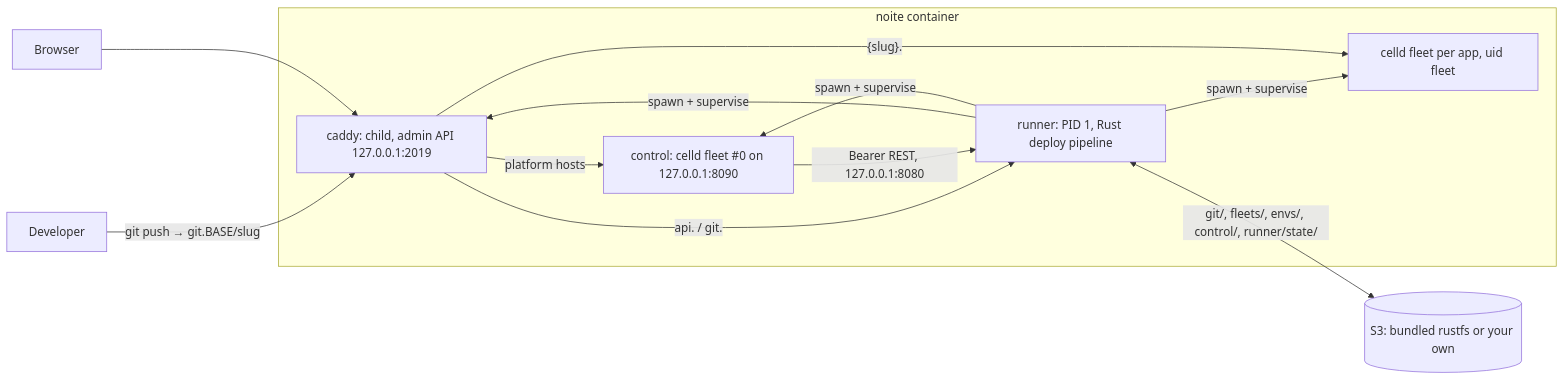
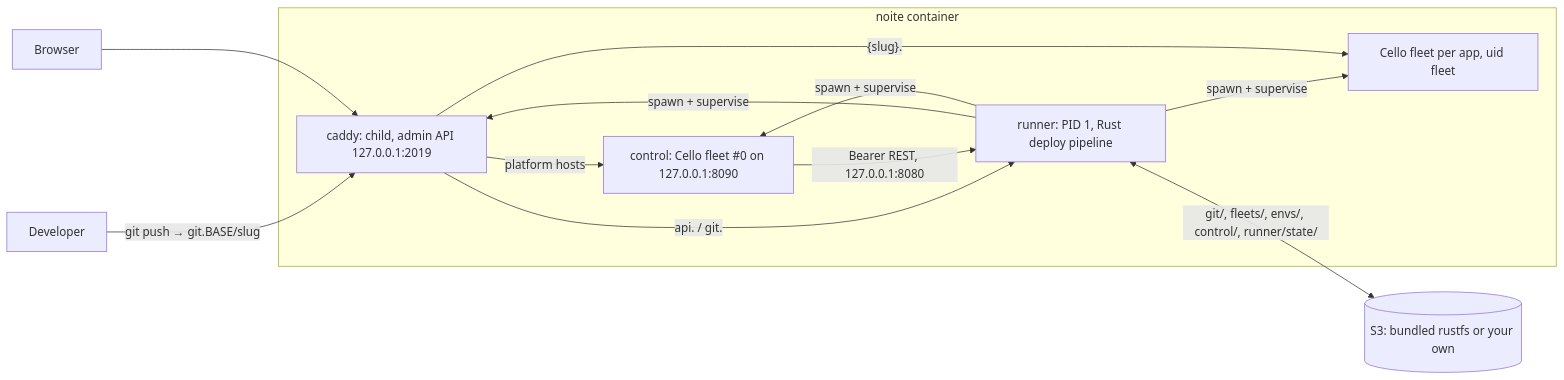
One commit to ryuzcorp/noite changed the diagram in SPEC.md. Above: the diagram before and after it, drawn with Mermaid. The commit also changed other lines of this file and 104 other files, not shown here.

````diff
--- a/SPEC.md
+++ b/SPEC.md
@@ -23,19 +23,19 @@
 ```mermaid
 flowchart LR
   dev[Developer] -->|git push → git.BASE/slug| edge
   user[Browser] --> edge
   subgraph noite[noite container]
     runner[runner: PID 1, Rust deploy pipeline]
     edge[caddy: child, admin API 127.0.0.1:2019]
-    control[control: celld fleet #0 on 127.0.0.1:8090]
-    fleet[celld fleet per app, uid fleet]
+    control[control: Cello fleet #0 on 127.0.0.1:8090]
+    fleet[Cello fleet per app, uid fleet]
     runner -->|spawn + supervise| edge
     runner -->|spawn + supervise| control
     runner -->|spawn + supervise| fleet
     edge -->|platform hosts| control
     edge -->|api. / git.| runner
     edge -->|"{slug}."| fleet
     control -->|Bearer REST, 127.0.0.1:8080| runner
   end
   runner <-->|git/, fleets/, envs/, control/, runner/state/| s3[(S3: bundled rustfs or your own)]
 ```
````
